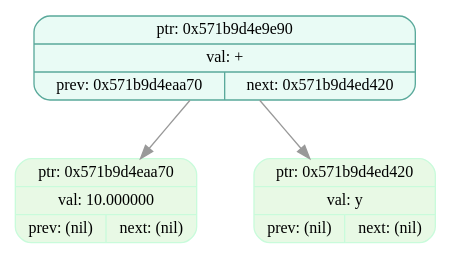
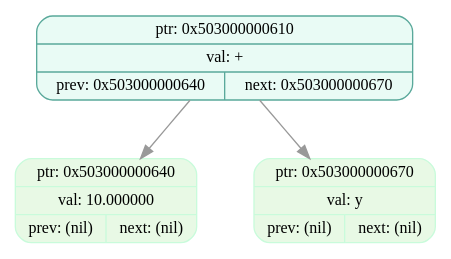
One commit to EvilTomato9890/Difference changed the diagram in dumps/tree_dump_005.dot. Above: the diagram before and after it, drawn with Graphviz. The commit also changed 53 other files, not shown here.

```diff
--- a/dumps/tree_dump_005.dot
+++ b/dumps/tree_dump_005.dot
@@ -1,9 +1,9 @@
 digraph T{
   node [fontname="Fira Mono",shape=record,style="filled,rounded",fontsize=12];
   graph [splines=true, nodesep=0.6, ranksep=0.6];
-  node_0x571b9d4e9e90[shape=record,label="{ {ptr: 0x571b9d4e9e90} | {val: +} | { prev: 0x571b9d4eaa70 | next: 0x571b9d4ed420 } }",color="#5aa99b",fillcolor="#e9fbf5"];
-  node_0x571b9d4eaa70[shape=record,label="{ {ptr: 0x571b9d4eaa70} | {val: 10.000000} | { prev: (nil) | next: (nil) } }",color="#c9fbdbff",fillcolor="#e8f9e5ff"];
-  node_0x571b9d4ed420[shape=record,label="{ {ptr: 0x571b9d4ed420} | {val: y} | { prev: (nil) | next: (nil) } }",color="#c9fbdbff",fillcolor="#e8f9e5ff"];
-  node_0x571b9d4e9e90 -> node_0x571b9d4eaa70 [color="#999999"];
-  node_0x571b9d4e9e90 -> node_0x571b9d4ed420 [color="#999999"];
+  node_0x503000000610[shape=record,label="{ {ptr: 0x503000000610} | {val: +} | { prev: 0x503000000640 | next: 0x503000000670 } }",color="#5aa99b",fillcolor="#e9fbf5"];
+  node_0x503000000640[shape=record,label="{ {ptr: 0x503000000640} | {val: 10.000000} | { prev: (nil) | next: (nil) } }",color="#c9fbdbff",fillcolor="#e8f9e5ff"];
+  node_0x503000000670[shape=record,label="{ {ptr: 0x503000000670} | {val: y} | { prev: (nil) | next: (nil) } }",color="#c9fbdbff",fillcolor="#e8f9e5ff"];
+  node_0x503000000610 -> node_0x503000000640 [color="#999999"];
+  node_0x503000000610 -> node_0x503000000670 [color="#999999"];
 }
```
